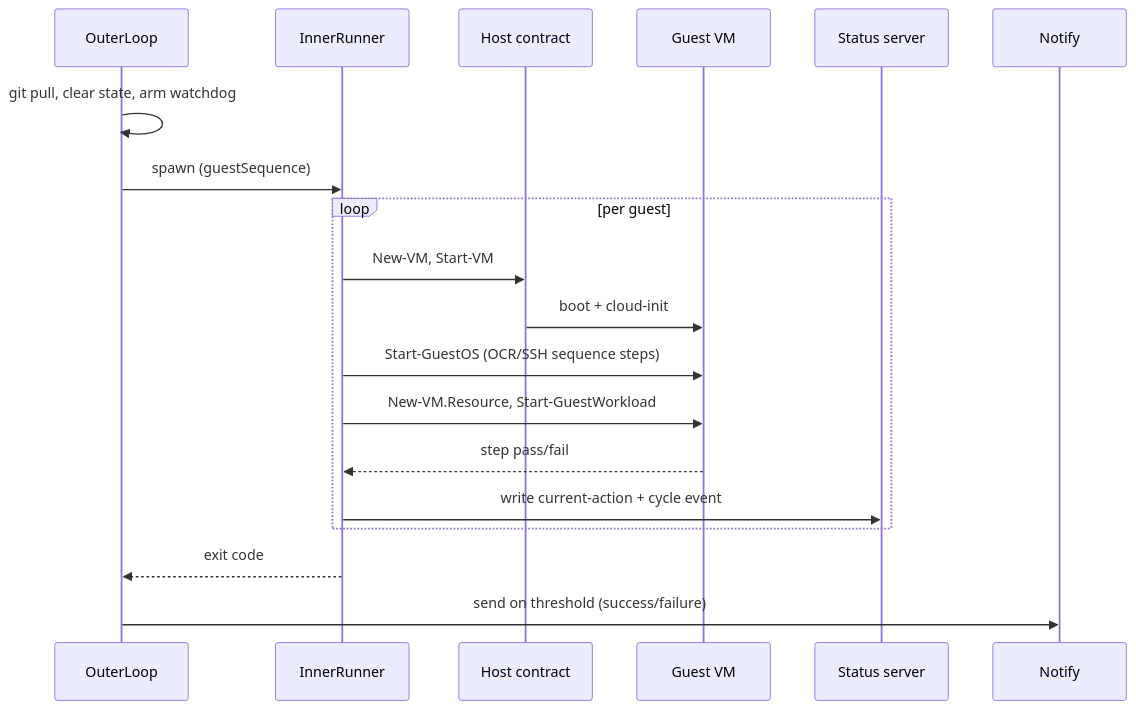
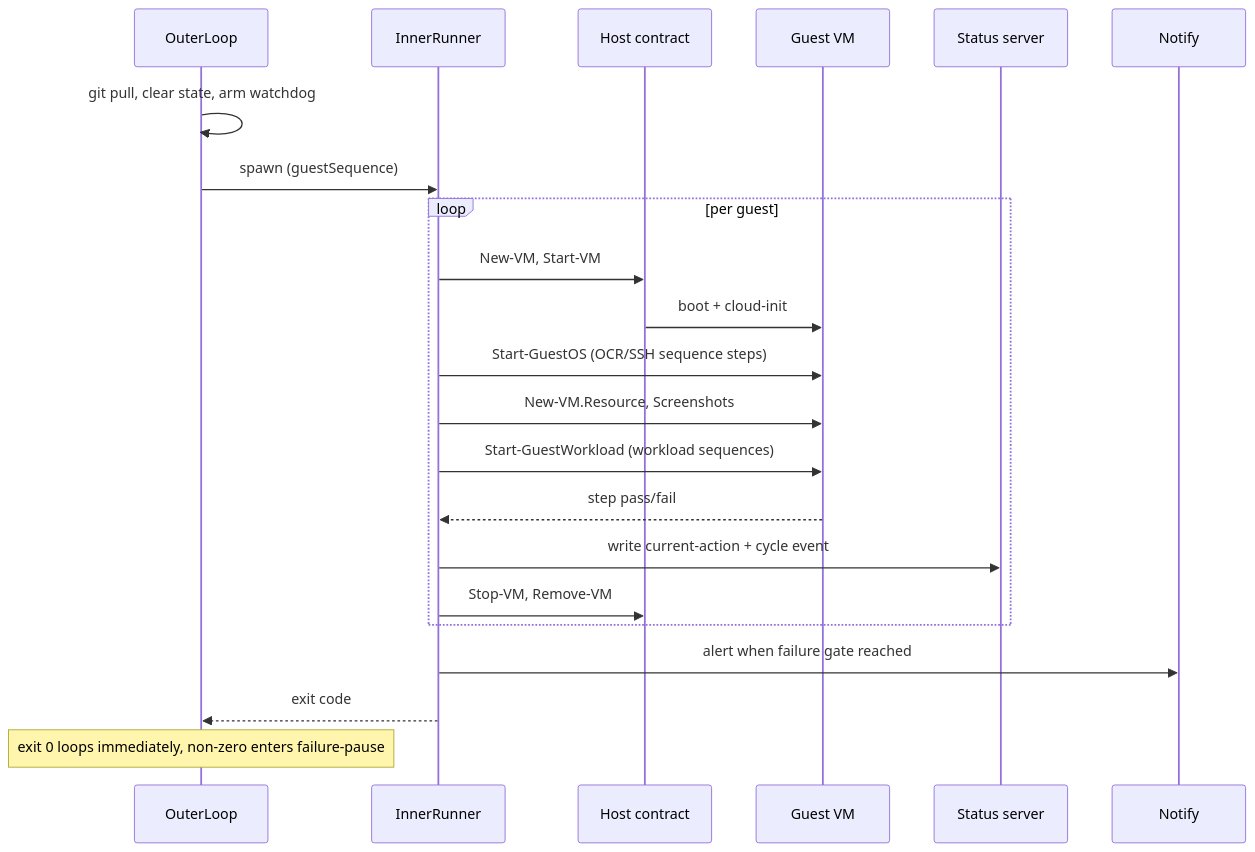
One commit to alissonsol/yuruna changed the second of 4 diagrams in docs/design/03-data-flows.md. Above: the diagram before and after it, drawn with Mermaid. The commit also changed other lines of this file and 492 other files, not shown here.

````diff
--- a/docs/design/03-data-flows.md
+++ b/docs/design/03-data-flows.md
@@ -35,22 +41,25 @@
 ```mermaid
 sequenceDiagram
     participant Outer as OuterLoop
     participant Inner as InnerRunner
     participant Host as Host contract
     participant Guest as Guest VM
     participant Status as Status server
     participant Notify
 
     Outer->>Outer: git pull, clear state, arm watchdog
     Outer->>Inner: spawn (guestSequence)
     loop per guest
         Inner->>Host: New-VM, Start-VM
         Host->>Guest: boot + cloud-init
         Inner->>Guest: Start-GuestOS (OCR/SSH sequence steps)
-        Inner->>Guest: New-VM.Resource, Start-GuestWorkload
+        Inner->>Guest: New-VM.Resource, Screenshots
+        Inner->>Guest: Start-GuestWorkload (workload sequences)
         Guest-->>Inner: step pass/fail
         Inner->>Status: write current-action + cycle event
+        Inner->>Host: Stop-VM, Remove-VM
     end
+    Inner->>Notify: alert when failure gate reached
     Inner-->>Outer: exit code
-    Outer->>Notify: send on threshold (success/failure)
+    Note over Outer: exit 0 loops immediately, non-zero enters failure-pause
 ```
````
